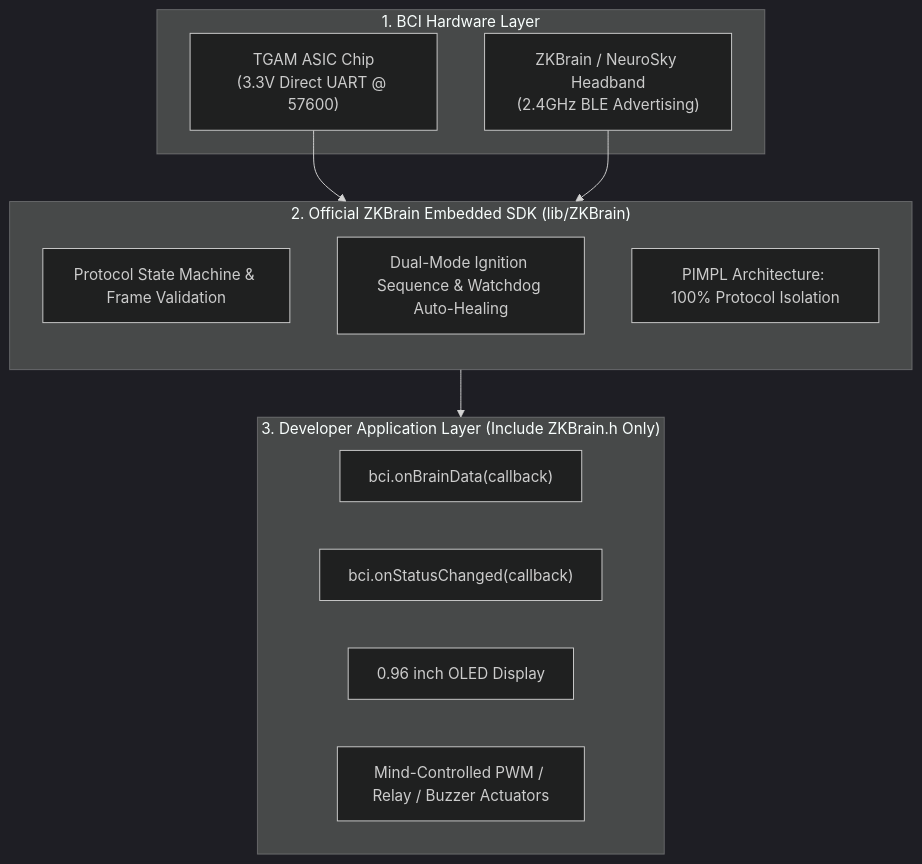
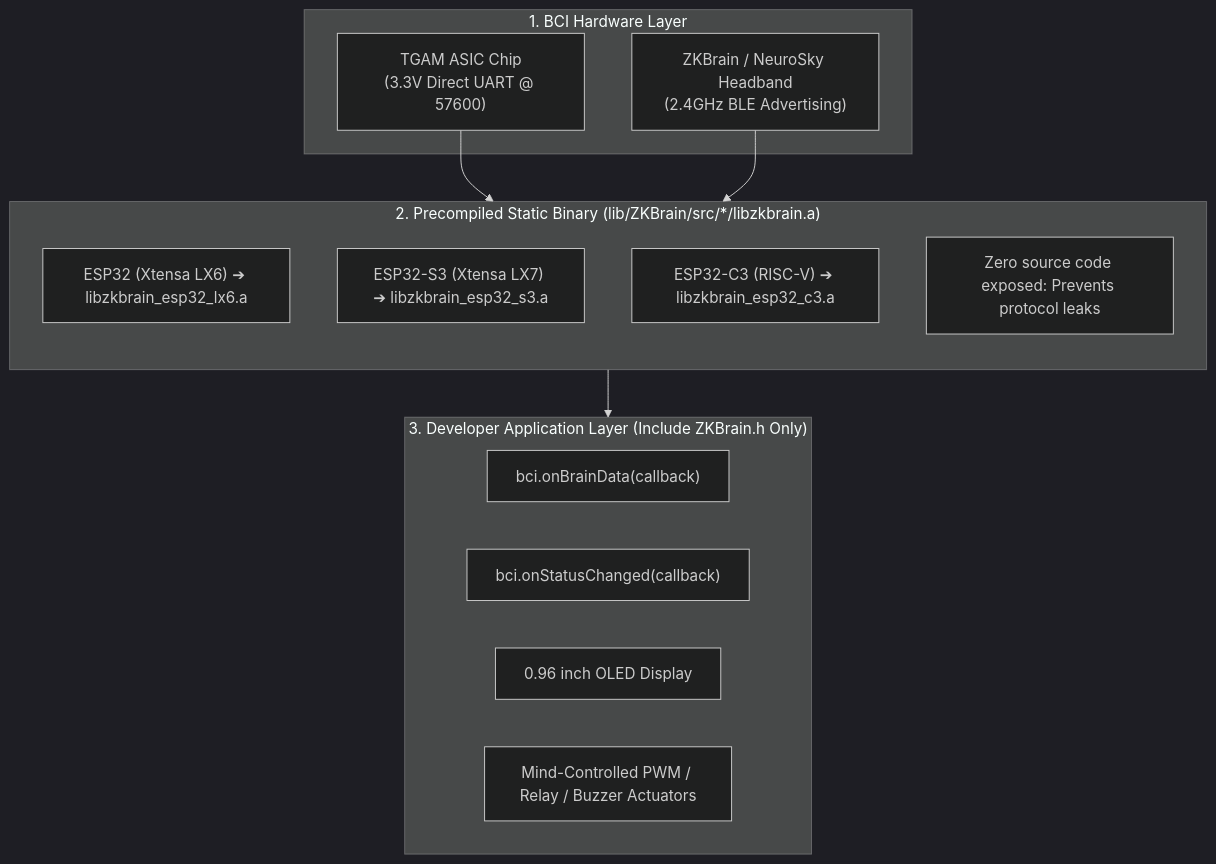
The diagram in templates/mcu-esp32/README_EN.md (zkteco-xteam/zkbrain-starter), drawn with Mermaid (dark theme) before and after one commit. The commit also changed other lines of this file and 8 other files, not shown here.

Commit message:
feat(mcu-esp32): remove source mode, enforce pure precompiled static binary distribution

````diff
--- a/templates/mcu-esp32/README_EN.md
+++ b/templates/mcu-esp32/README_EN.md
@@ -16,25 +16,26 @@
 ```mermaid
 flowchart TD
     subgraph HARDWARE["1. BCI Hardware Layer"]
         HW1["TGAM ASIC Chip<br/>(3.3V Direct UART @ 57600)"]
         HW2["ZKBrain / NeuroSky Headband<br/>(2.4GHz BLE Advertising)"]
     end
 
-    subgraph SDK["2. Official ZKBrain Embedded SDK (lib/ZKBrain)"]
+    subgraph BINARY["2. Precompiled Static Binary (lib/ZKBrain/src/*/libzkbrain.a)"]
         direction TB
-        B1["Protocol State Machine & Frame Validation"]
-        B2["Dual-Mode Ignition Sequence & Watchdog Auto-Healing"]
-        B3["PIMPL Architecture: 100% Protocol Isolation"]
+        B1["ESP32 (Xtensa LX6) ➔ libzkbrain_esp32_lx6.a"]
+        B2["ESP32-S3 (Xtensa LX7) ➔ libzkbrain_esp32_s3.a"]
+        B3["ESP32-C3 (RISC-V) ➔ libzkbrain_esp32_c3.a"]
+        B4["Zero source code exposed: Prevents protocol leaks"]
     end
 
     subgraph APP["3. Developer Application Layer (Include ZKBrain.h Only)"]
         C1["bci.onBrainData(callback)"]
         C2["bci.onStatusChanged(callback)"]
         C3["0.96 inch OLED Display"]
         C4["Mind-Controlled PWM / Relay / Buzzer Actuators"]
     end
 
-    HW1 --> SDK
-    HW2 --> SDK
-    SDK --> APP
+    HW1 --> BINARY
+    HW2 --> BINARY
+    BINARY --> APP
 ```
````
